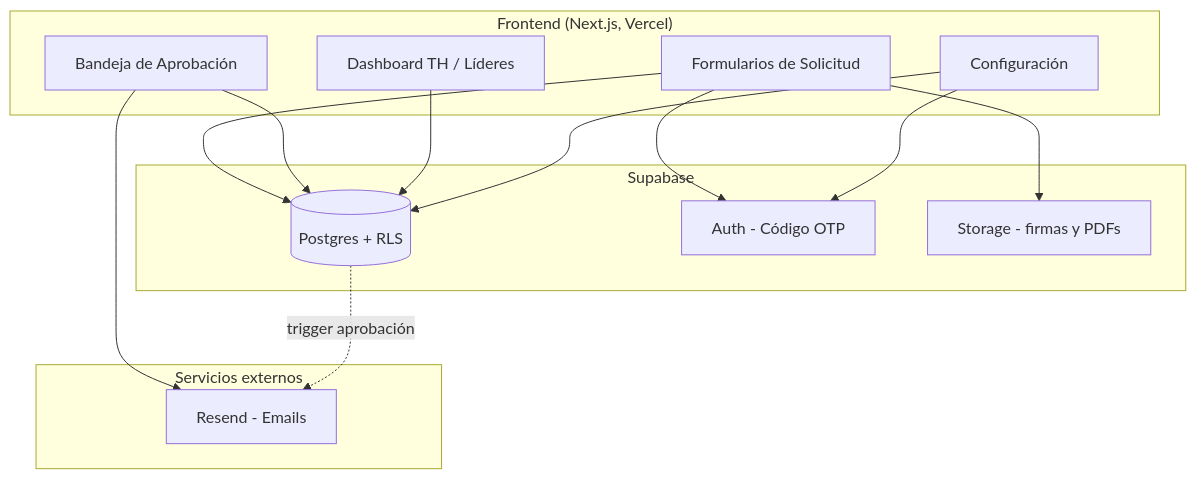
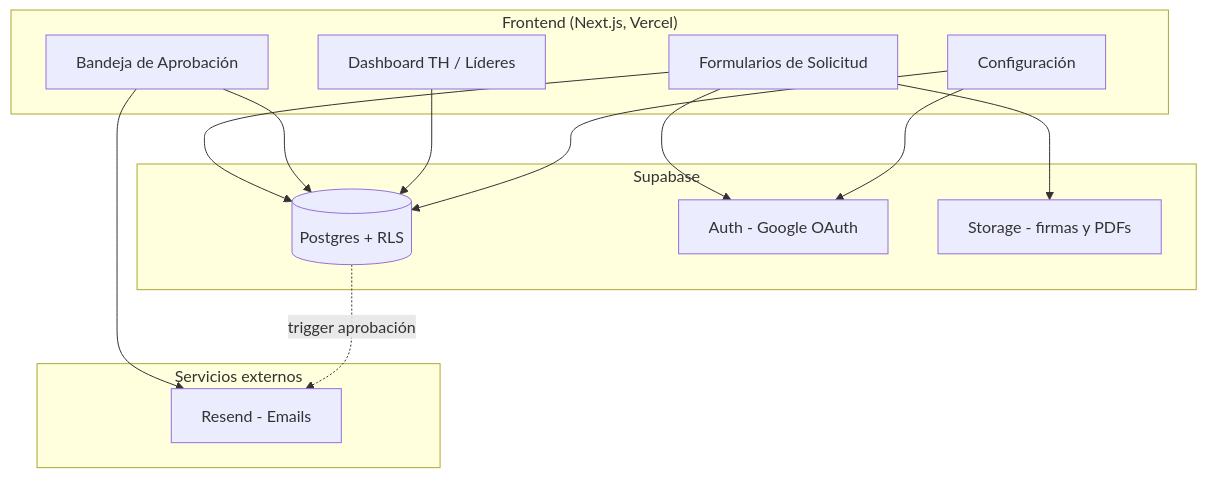
One commit to PixelLabSys/sistema-solicitudes-pixel changed the first of 3 diagrams in docs/02-sdd/arquitectura.md. Above: the diagram before and after it, drawn with Mermaid. The commit also changed other lines of this file and 4 other files, not shown here.

First line of the commit message:
Migrar auth de código OTP a Google OAuth (modo Externo)

````diff
--- a/docs/02-sdd/arquitectura.md
+++ b/docs/02-sdd/arquitectura.md
@@ -19,29 +19,29 @@
 ```mermaid
 flowchart TB
     subgraph Cliente["Frontend (Next.js, Vercel)"]
         A[Formularios de Solicitud]
         B[Bandeja de Aprobación]
         C[Dashboard TH / Líderes]
         D[Configuración]
     end
 
     subgraph Supabase
         E[(Postgres + RLS)]
-        F[Auth - Código OTP]
+        F[Auth - Google OAuth]
         G[Storage - firmas y PDFs]
     end
 
     subgraph Servicios["Servicios externos"]
         H[Resend - Emails]
     end
 
     A --> F
     A --> E
     A --> G
     B --> E
     B --> H
     C --> E
     D --> E
     D --> F
     E -. trigger aprobación .-> H
 ```
````
